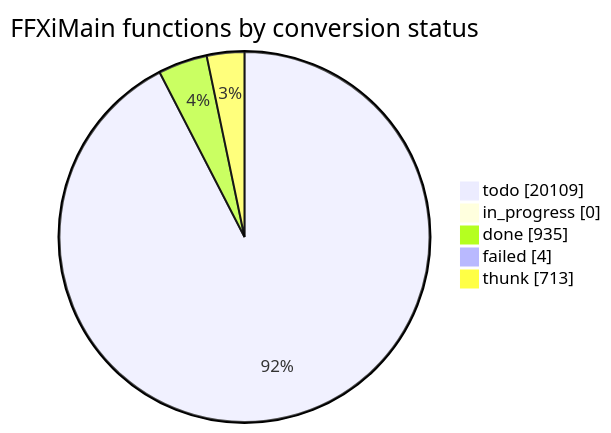
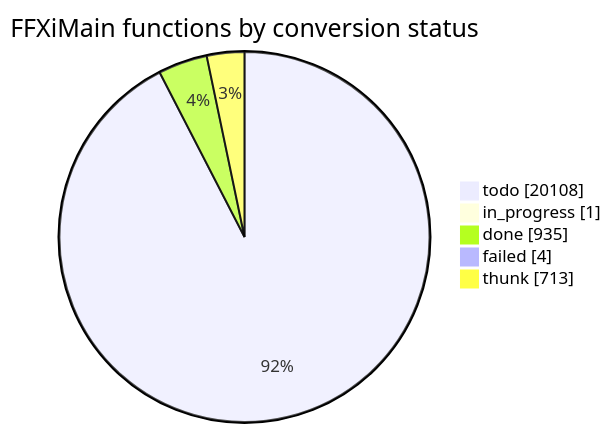
One commit to cowrevenge/cow_kuluu_xi_anything changed the diagram in docs/cow/STATUS.md. Above: the diagram before and after it, drawn with Mermaid. The commit also changed other lines of this file and 7 other files, not shown here.

````diff
--- a/docs/cow/STATUS.md
+++ b/docs/cow/STATUS.md
@@ -18,9 +18,9 @@
 ```mermaid
 pie showData
     title FFXiMain functions by conversion status
-    "todo" : 20109
-    "in_progress" : 0
+    "todo" : 20108
+    "in_progress" : 1
     "done" : 935
     "failed" : 4
     "thunk" : 713
 ```
````
